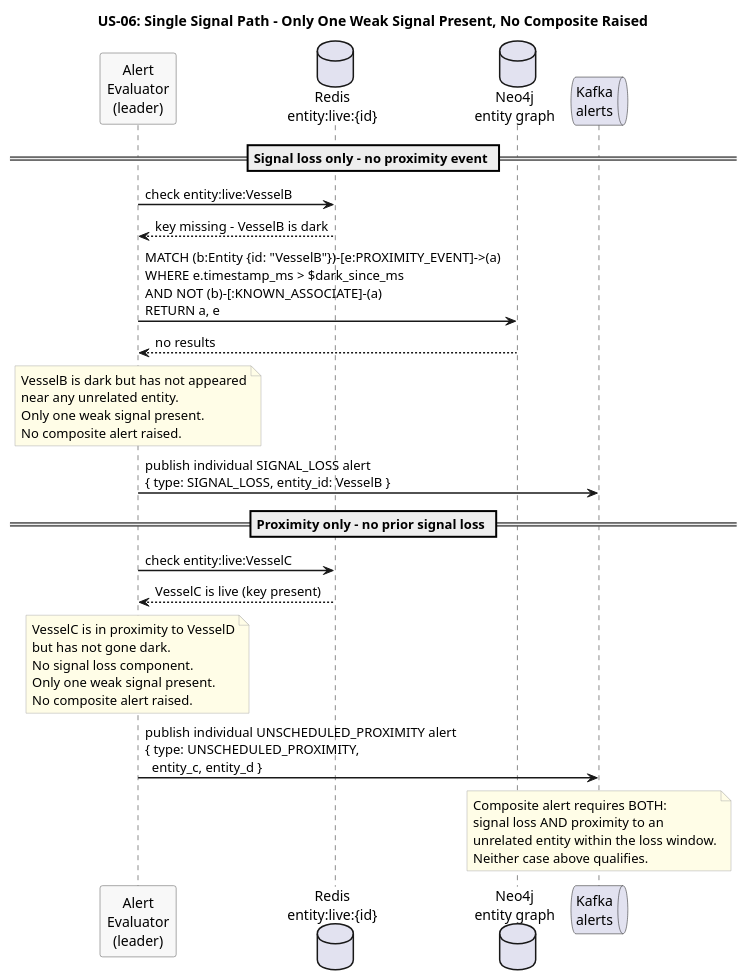
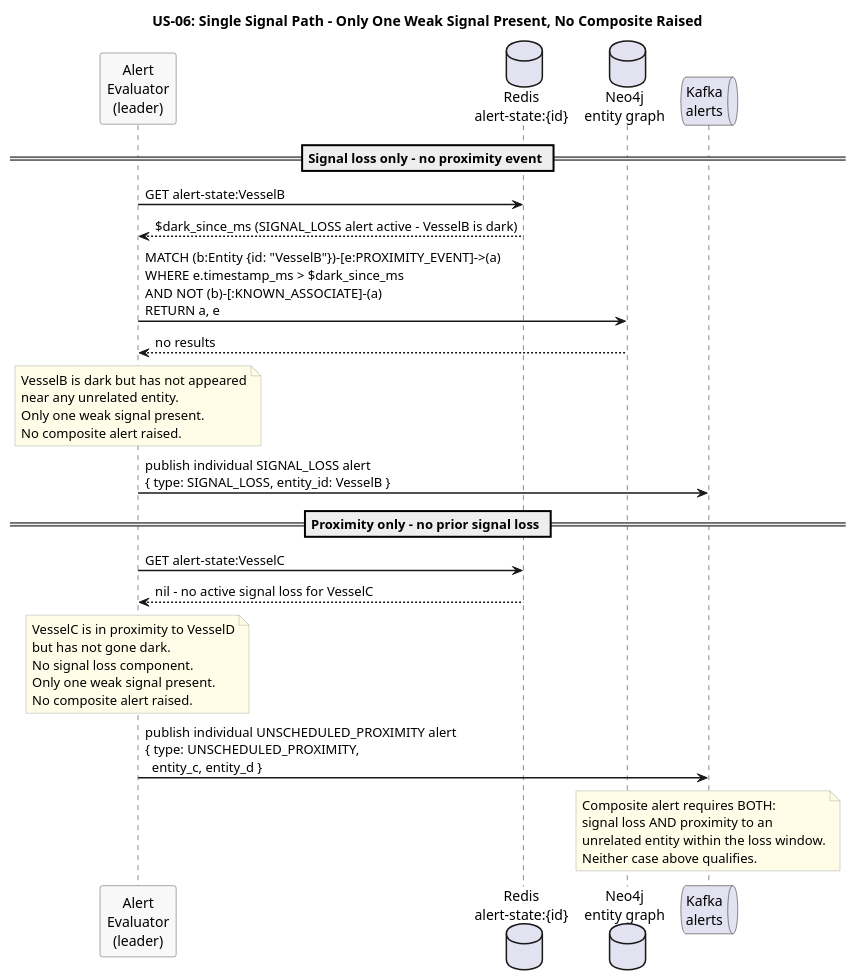
The diagram in docs/use-cases/US-06-composite-alert/single-signal-path.puml (Buffden/sentinel), drawn with PlantUML before and after one commit. The commit also changed 5 other files, not shown here.

First line of the commit message:
docs: fix signal loss detection flow and alert-state key lifecycle in diagrams

```diff
--- a/docs/use-cases/US-06-composite-alert/single-signal-path.puml
+++ b/docs/use-cases/US-06-composite-alert/single-signal-path.puml
@@ -1,54 +1,54 @@
 @startuml single-signal-path
 title US-06: Single Signal Path - Only One Weak Signal Present, No Composite Raised
 
 skinparam sequenceArrowThickness 1.5
 skinparam participantBorderColor #555555
 skinparam participantBackgroundColor #F8F8F8
 skinparam noteBorderColor #AAAAAA
 skinparam noteBackgroundColor #FFFDE7
 
 participant "Alert\nEvaluator\n(leader)" as Evaluator
-database "Redis\nentity:live:{id}" as Redis
+database "Redis\nalert-state:{id}" as AlertState
 database "Neo4j\nentity graph" as Neo4j
 queue "Kafka\nalerts" as Kafka
 
 == Signal loss only - no proximity event ==
 
-Evaluator -> Redis : check entity:live:VesselB
-Redis --> Evaluator : key missing - VesselB is dark
+Evaluator -> AlertState : GET alert-state:VesselB
+AlertState --> Evaluator : $dark_since_ms (SIGNAL_LOSS alert active - VesselB is dark)
 
 Evaluator -> Neo4j : MATCH (b:Entity {id: "VesselB"})-[e:PROXIMITY_EVENT]->(a)\nWHERE e.timestamp_ms > $dark_since_ms\nAND NOT (b)-[:KNOWN_ASSOCIATE]-(a)\nRETURN a, e
 Neo4j --> Evaluator : no results
 
 note over Evaluator
   VesselB is dark but has not appeared
   near any unrelated entity.
   Only one weak signal present.
   No composite alert raised.
 end note
 
 Evaluator -> Kafka : publish individual SIGNAL_LOSS alert\n{ type: SIGNAL_LOSS, entity_id: VesselB }
 
 == Proximity only - no prior signal loss ==
 
-Evaluator -> Redis : check entity:live:VesselC
-Redis --> Evaluator : VesselC is live (key present)
+Evaluator -> AlertState : GET alert-state:VesselC
+AlertState --> Evaluator : nil - no active signal loss for VesselC
 
 note over Evaluator
   VesselC is in proximity to VesselD
   but has not gone dark.
   No signal loss component.
   Only one weak signal present.
   No composite alert raised.
 end note
 
 Evaluator -> Kafka : publish individual UNSCHEDULED_PROXIMITY alert\n{ type: UNSCHEDULED_PROXIMITY,\n  entity_c, entity_d }
 
 note over Kafka
   Composite alert requires BOTH:
   signal loss AND proximity to an
   unrelated entity within the loss window.
   Neither case above qualifies.
 end note
 
 @enduml
```
